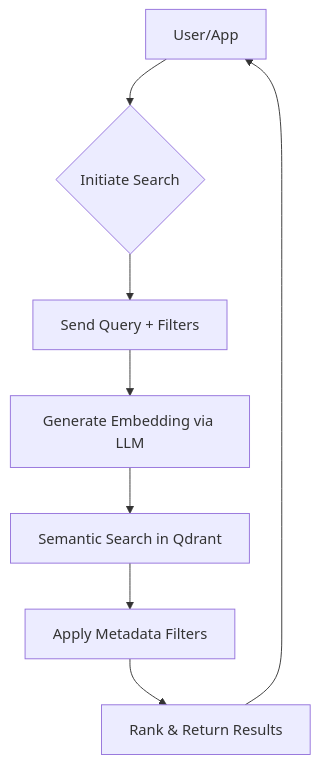
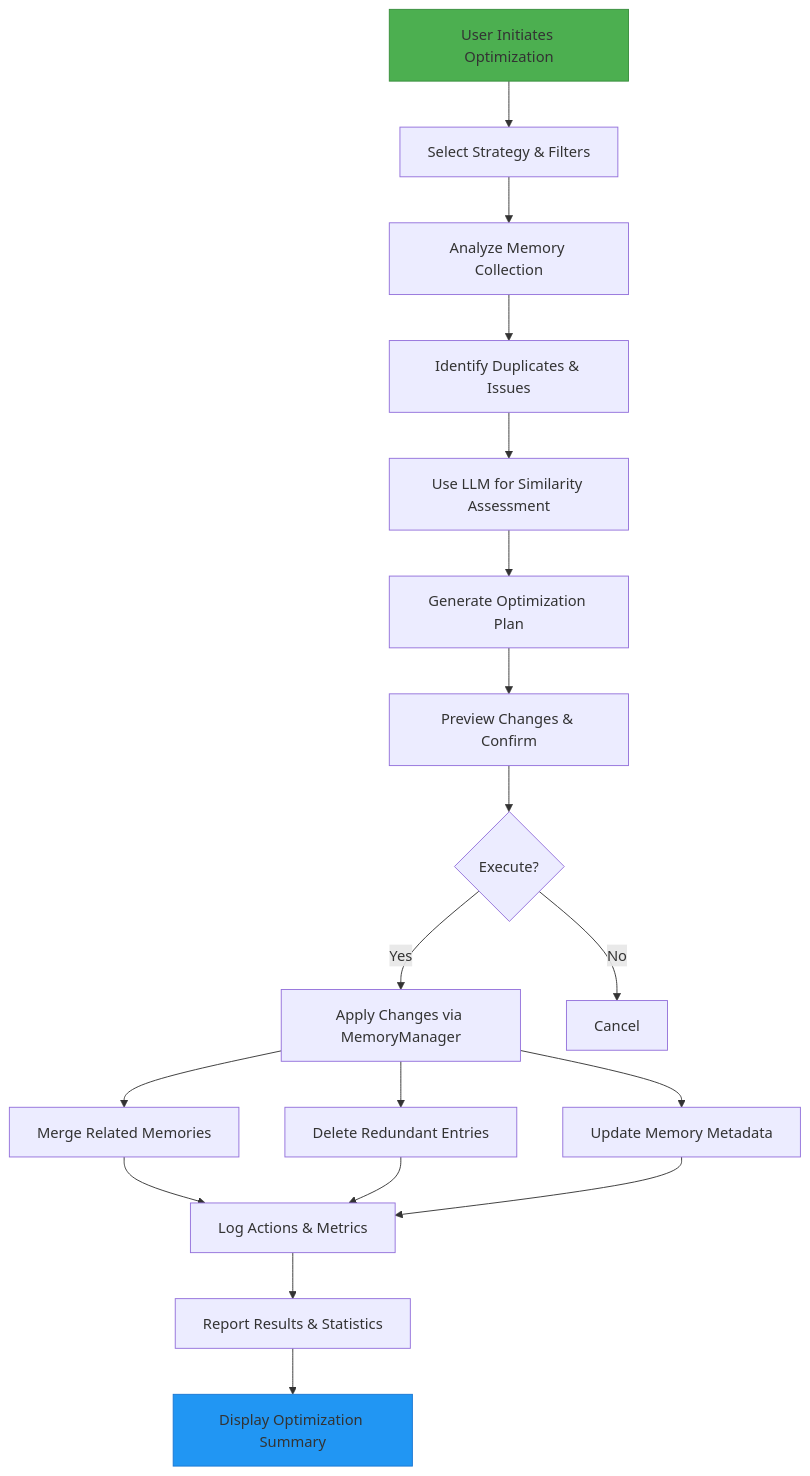
One commit to sopaco/cortex-mem changed the third of 6 diagrams in litho.docs/3.Workflow.md. Above: the diagram before and after it, drawn with Mermaid. The commit also changed other lines of this file and 11 other files, not shown here.

````diff
--- a/litho.docs/3.Workflow.md
+++ b/litho.docs/3.Workflow.md
@@ -125,10 +144,26 @@
 ```mermaid
 graph TD
-    A[User/App] --> B{Initiate Search}
-    B --> C[Send Query + Filters]
-    C --> D[Generate Embedding via LLM]
-    D --> E[Semantic Search in Qdrant]
-    E --> F[Apply Metadata Filters]
-    F --> G[Rank & Return Results]
-    G --> A
+    A[User Initiates Optimization] --> B[Select Strategy & Filters]
+    B --> C[Analyze Memory Collection]
+    C --> D[Identify Duplicates & Issues]
+    D --> E[Use LLM for Similarity Assessment]
+    E --> F[Generate Optimization Plan]
+    F --> G[Preview Changes & Confirm]
+    G --> H{Execute?}
+    H -->|Yes| I[Apply Changes via MemoryManager]
+    H -->|No| J[Cancel]
+
+    I --> K[Merge Related Memories]
+    I --> L[Delete Redundant Entries]
+    I --> M[Update Memory Metadata]
+
+    K --> N[Log Actions & Metrics]
+    L --> N
+    M --> N
+
+    N --> O[Report Results & Statistics]
+    O --> P[Display Optimization Summary]
+
+    style A fill:#4CAF50,stroke:#388E3C
+    style P fill:#2196F3,stroke:#1976D2
 ```
````
